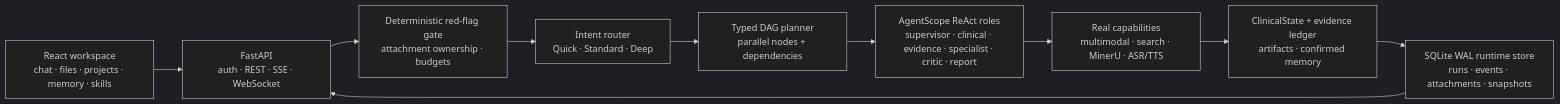
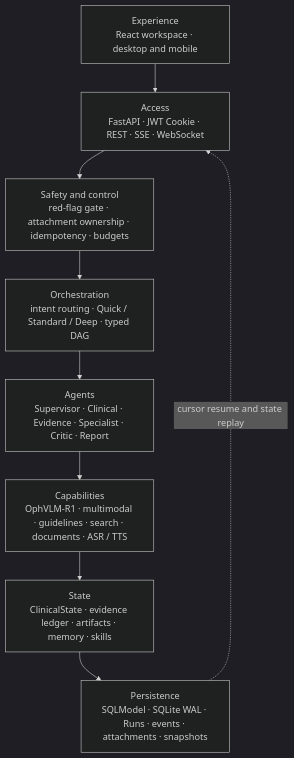
The diagram in README.md (QiZishi/OphAgent), drawn with Mermaid (dark theme) before and after one commit. The commit also changed other lines of this file and 7 other files, not shown here.

Commit message:
docs: refresh OphAgent showcase and GUI evidence

````diff
--- a/README.md
+++ b/README.md
@@ -129,12 +268,20 @@
 ```mermaid
-flowchart LR
-    UI["React workspace<br/>chat · files · projects · memory · skills"] --> API["FastAPI<br/>auth · REST · SSE · WebSocket"]
-    API --> GATE["Deterministic red-flag gate<br/>attachment ownership · budgets"]
-    GATE --> ROUTER["Intent router<br/>Quick · Standard · Deep"]
-    ROUTER --> DAG["Typed DAG planner<br/>parallel nodes + dependencies"]
-    DAG --> AGENTS["AgentScope ReAct roles<br/>supervisor · clinical · evidence · specialist · critic · report"]
-    AGENTS --> TOOLS["Real capabilities<br/>multimodal · search · MinerU · ASR/TTS"]
-    TOOLS --> STATE["ClinicalState + evidence ledger<br/>artifacts · confirmed memory"]
-    STATE --> STORE["SQLite WAL runtime store<br/>runs · events · attachments · snapshots"]
-    STORE --> API
+flowchart TB
+    UI["Experience<br/>React workspace · desktop and mobile"]
+    API["Access<br/>FastAPI · JWT Cookie · REST · SSE · WebSocket"]
+    GATE["Safety and control<br/>red-flag gate · attachment ownership · idempotency · budgets"]
+    ROUTER["Orchestration<br/>intent routing · Quick / Standard / Deep · typed DAG"]
+    AGENTS["Agents<br/>Supervisor · Clinical · Evidence · Specialist · Critic · Report"]
+    TOOLS["Capabilities<br/>OphVLM-R1 · multimodal · guidelines · search · documents · ASR / TTS"]
+    STATE["State<br/>ClinicalState · evidence ledger · artifacts · memory · skills"]
+    STORE["Persistence<br/>SQLModel · SQLite WAL · Runs · events · attachments · snapshots"]
+
+    UI --> API
+    API --> GATE
+    GATE --> ROUTER
+    ROUTER --> AGENTS
+    AGENTS --> TOOLS
+    TOOLS --> STATE
+    STATE --> STORE
+    STORE -. cursor resume and state replay .-> API
 ```
````
